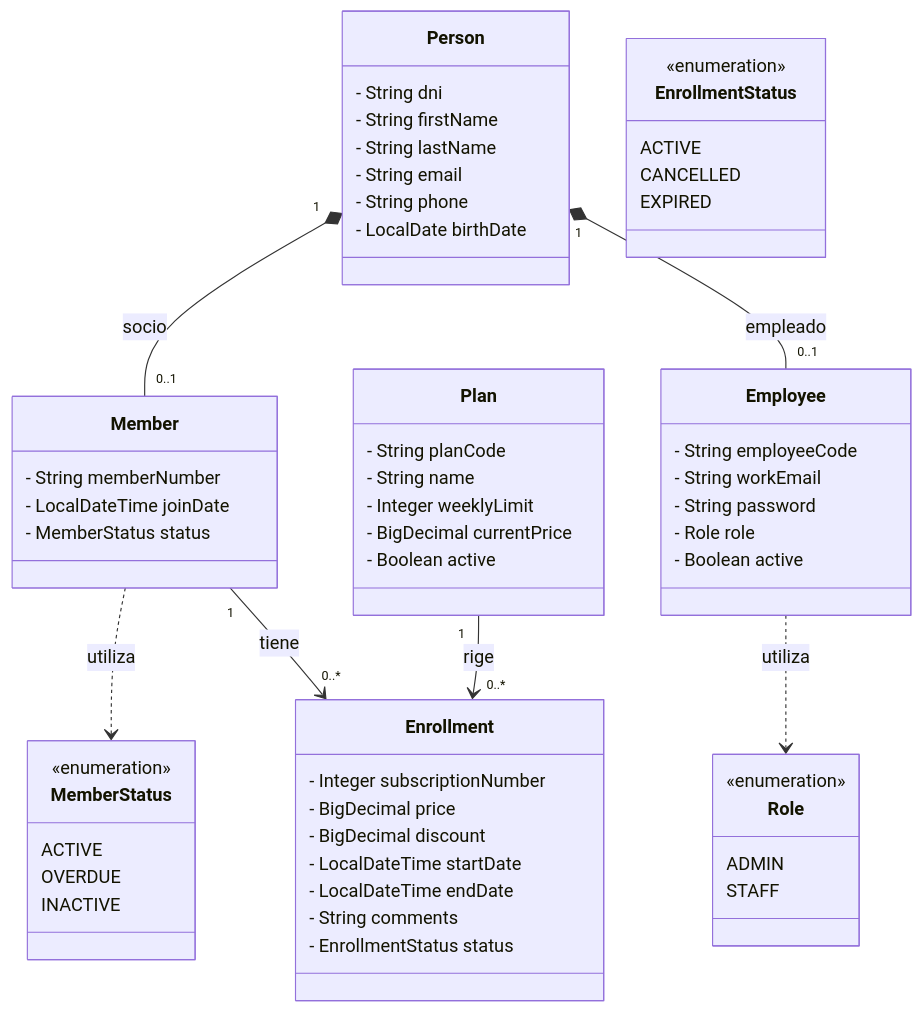
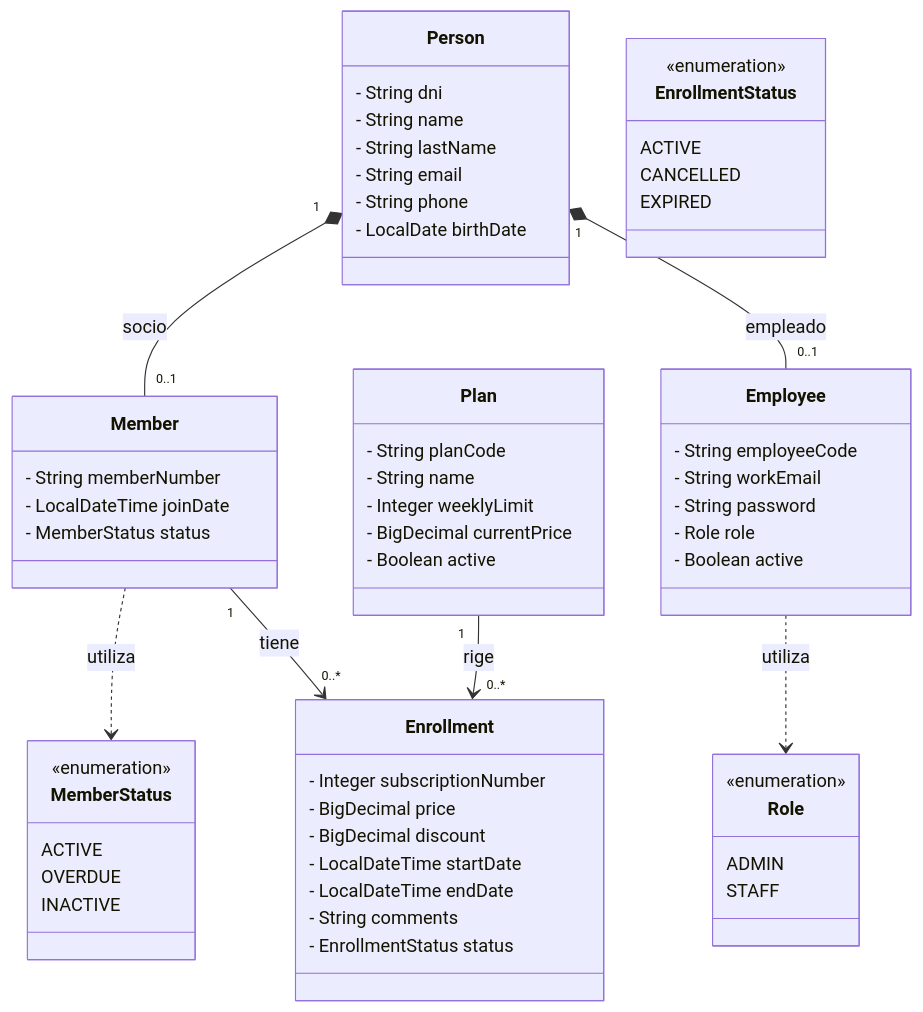
One commit to santiagovOK/TFI_grupo144 changed the first of 2 diagrams in docs/entidades.md. Above: the diagram before and after it, drawn with Mermaid.

Commit message:
docs(entidades): usar name en Person como en la tabla persons

````diff
--- a/docs/entidades.md
+++ b/docs/entidades.md
@@ -13,72 +13,72 @@
 ```mermaid
 classDiagram
     direction TB
 
     class Person {
         - String dni
-        - String firstName
+        - String name
         - String lastName
         - String email
         - String phone
         - LocalDate birthDate
     }
 
     class Member {
         - String memberNumber
         - LocalDateTime joinDate
         - MemberStatus status
     }
 
     class Employee {
         - String employeeCode
         - String workEmail
         - String password
         - Role role
         - Boolean active
     }
 
     class Plan {
         - String planCode
         - String name
         - Integer weeklyLimit
         - BigDecimal currentPrice
         - Boolean active
     }
 
     class Enrollment {
         - Integer subscriptionNumber
         - BigDecimal price
         - BigDecimal discount
         - LocalDateTime startDate
         - LocalDateTime endDate
         - String comments
         - EnrollmentStatus status
     }
 
     class EnrollmentStatus {
         <<enumeration>>
         ACTIVE
         CANCELLED
         EXPIRED
     }
     class Role {
         <<enumeration>>
         ADMIN
         STAFF
     }
 
     class MemberStatus {
         <<enumeration>>
         ACTIVE
         OVERDUE
         INACTIVE
     }
 
 
     Person "1" *-- "0..1" Member : socio
     Person "1" *-- "0..1" Employee : empleado
     Employee ..> Role : utiliza
     Member ..> MemberStatus : utiliza
     Member "1" --> "0..*" Enrollment : tiene
     Plan "1" --> "0..*" Enrollment : rige
 ```
````
